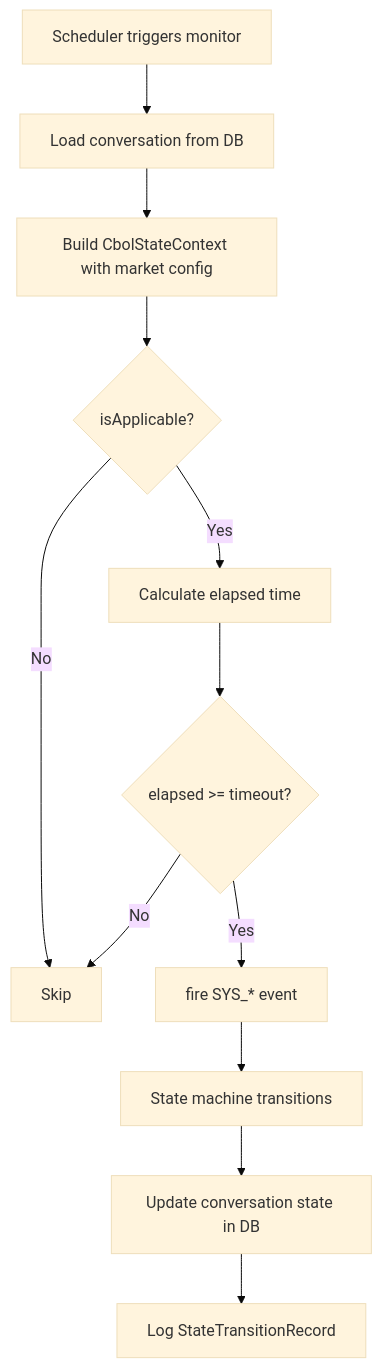
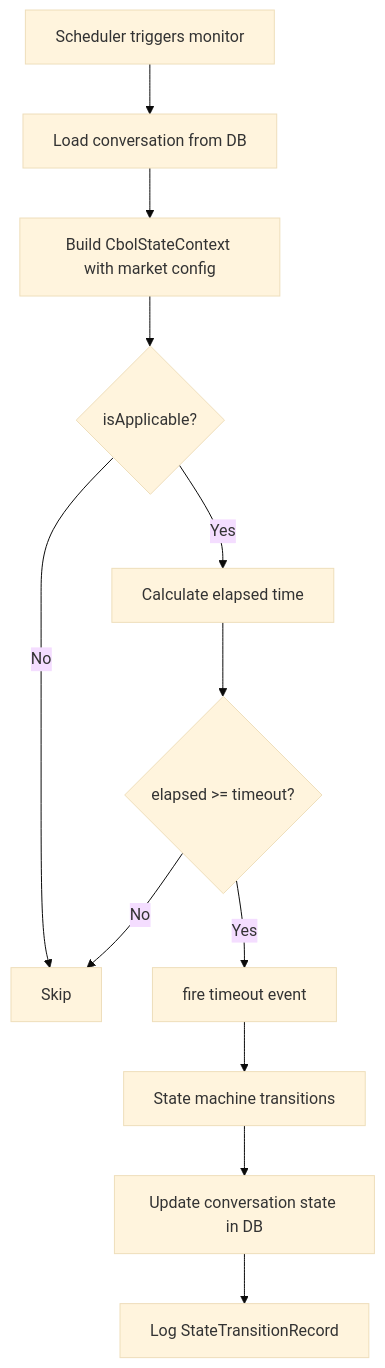
Before and after one commit to huangzhiqiu/ai-knowledge-design: the second of 5 diagrams in 08-Code/state-machine/docs/02-CBOL-Business-Layer-Design.md, drawn with Mermaid (base theme). The commit also changed other lines of this file, not shown here.

````diff
--- a/08-Code/state-machine/docs/02-CBOL-Business-Layer-Design.md
+++ b/08-Code/state-machine/docs/02-CBOL-Business-Layer-Design.md
@@ -331,14 +331,14 @@
 ```mermaid
 flowchart TD
     A[Scheduler triggers monitor] --> B[Load conversation from DB]
     B --> C[Build CbolStateContext with market config]
     C --> D{isApplicable?}
     D -->|No| E[Skip]
     D -->|Yes| F[Calculate elapsed time]
     F --> G{elapsed >= timeout?}
     G -->|No| E
-    G -->|Yes| H[fire SYS_* event]
+    G -->|Yes| H[fire timeout event]
     H --> I[State machine transitions]
     I --> J[Update conversation state in DB]
     J --> K[Log StateTransitionRecord]
 ```
````
